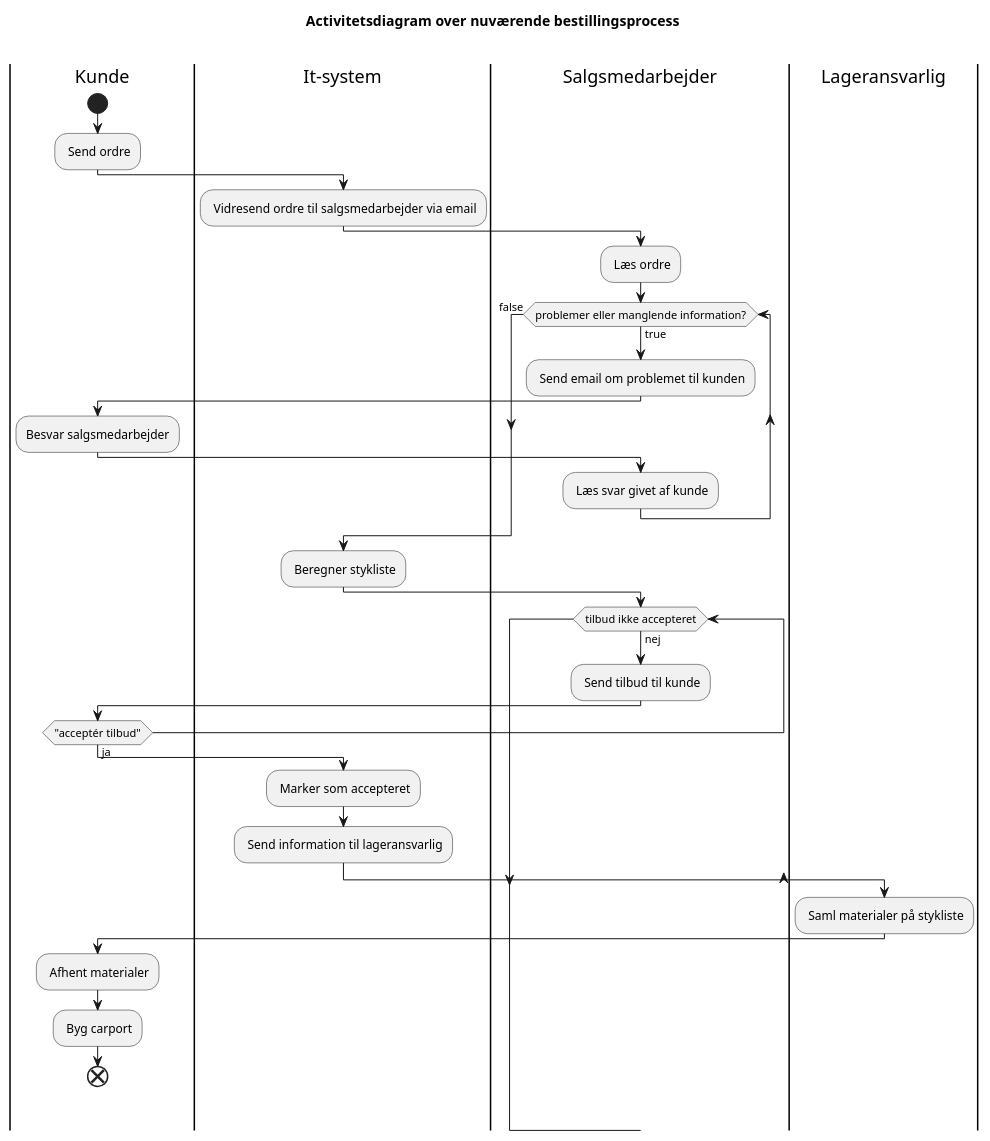
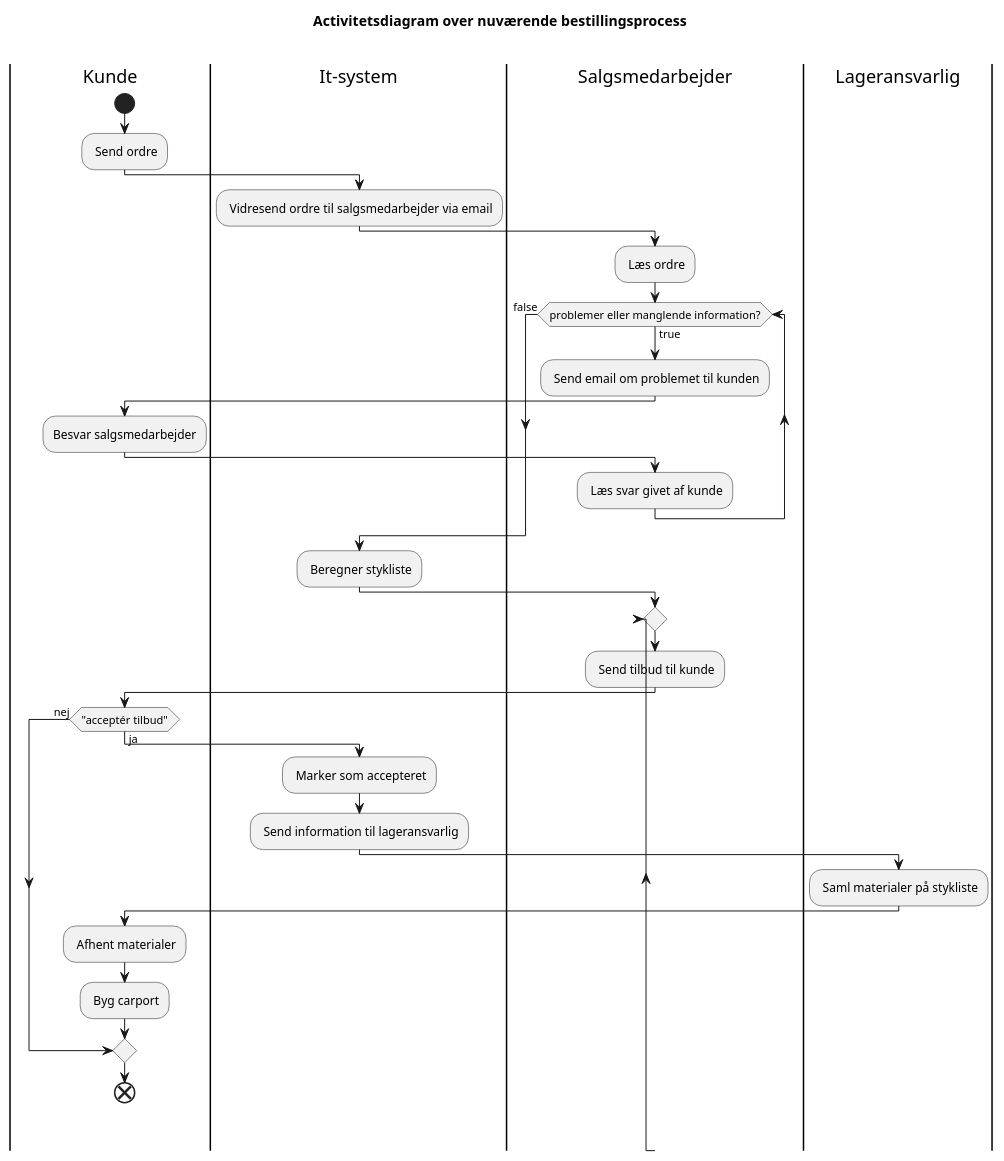
Before and after one commit to Thomas-Rosenkrans-Vestergaard/fog: the diagram in documentation/to_be_activity.puml, drawn with PlantUML. The commit also changed 2 other files, not shown here.

```diff
--- a/documentation/to_be_activity.puml
+++ b/documentation/to_be_activity.puml
@@ -1,36 +1,37 @@
 @startuml
 
 title Activitetsdiagram over nuværende bestillingsprocess \n
 
 |Kunde|
 start
 : Send ordre;
 |It-system|
 : Vidresend ordre til salgsmedarbejder via email;
 |Salgsmedarbejder|
 : Læs ordre;
 while (problemer eller manglende information?) is (true)
     : Send email om problemet til kunden;
     |Kunde|
     :Besvar salgsmedarbejder;
     |Salgsmedarbejder|
     : Læs svar givet af kunde;
 endwhile (false)
 |It-system|
 : Beregner stykliste;
 |Salgsmedarbejder|
-while (tilbud ikke accepteret) is (nej)
+repeat
 : Send tilbud til kunde;
 |Kunde|
 if ("acceptér tilbud") then (ja)
 |It-system|
 : Marker som accepteret;
 : Send information til lageransvarlig;
 |Lageransvarlig|
 : Saml materialer på stykliste;
 |Kunde|
 : Afhent materialer;
 : Byg carport;
+else (nej)
+endif
 end
-endif
 @enduml
```
